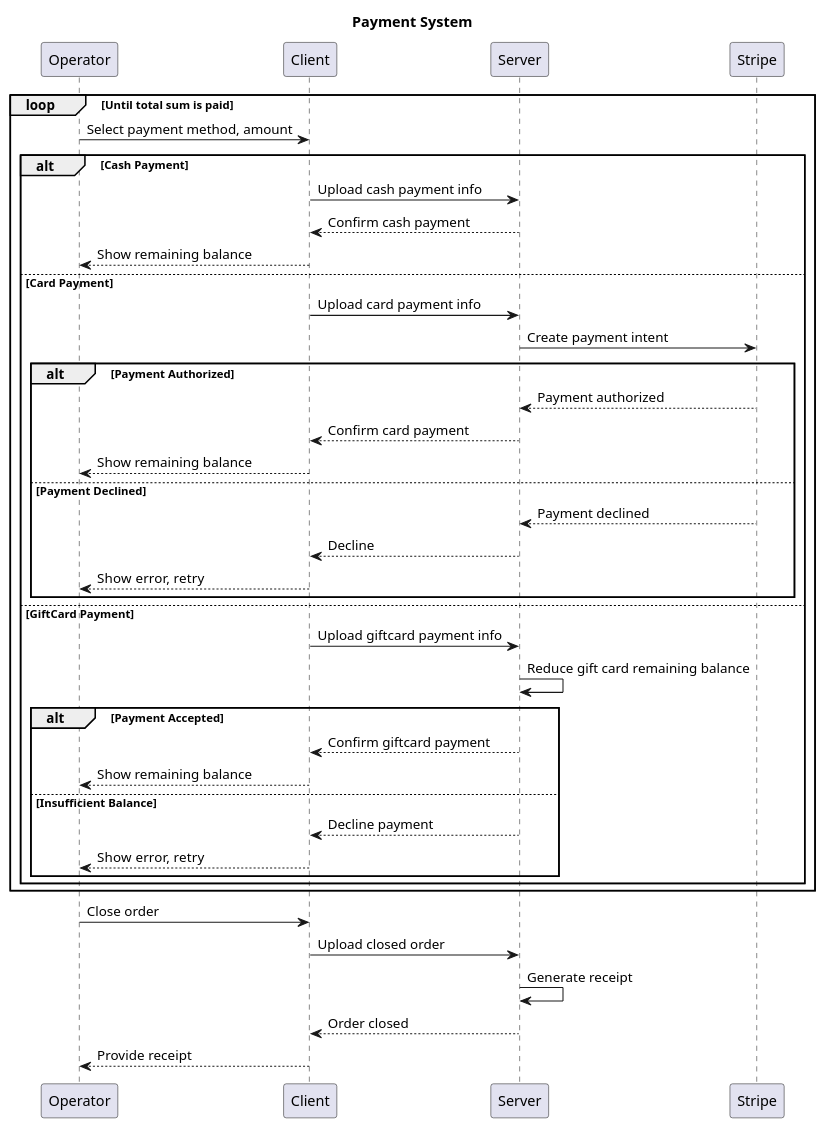
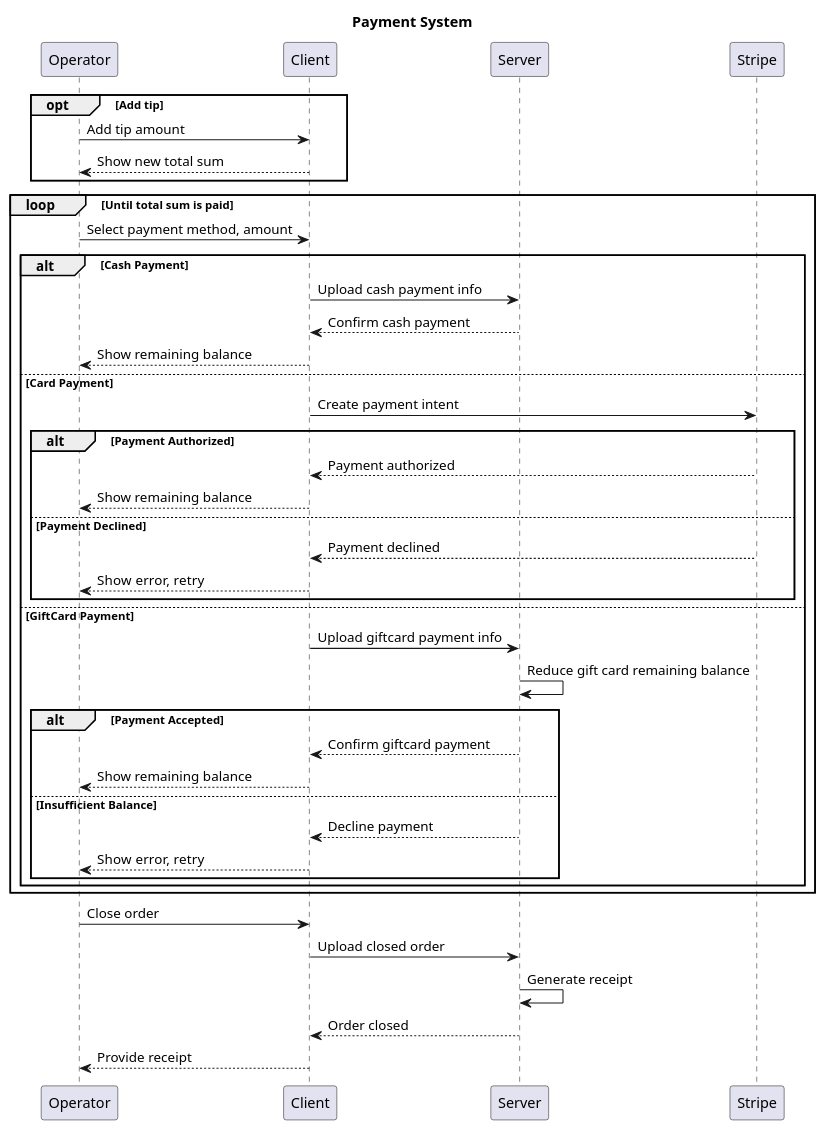
Before and after one commit to keusinis/semester-5-docs: the diagram in PSP/lab-1/sequence-diagrams/Payment-management.puml, drawn with PlantUML.

```diff
--- a/PSP/lab-1/sequence-diagrams/Payment-management.puml
+++ b/PSP/lab-1/sequence-diagrams/Payment-management.puml
@@ -1,38 +1,39 @@
 title Payment System
-
+opt Add tip
+	Operator->Client: Add tip amount
+	Client-->Operator: Show new total sum
+end
 loop Until total sum is paid
   Operator->Client: Select payment method, amount
   alt Cash Payment
     Client->Server: Upload cash payment info
     Server-->Client: Confirm cash payment
     Client-->Operator: Show remaining balance
   else Card Payment
-    Client->Server: Upload card payment info
-    Server->Stripe: Create payment intent
+    
+    Client->Stripe: Create payment intent
     alt Payment Authorized
-      Stripe-->Server: Payment authorized
-      Server-->Client: Confirm card payment
+      Stripe-->Client: Payment authorized
       Client-->Operator: Show remaining balance
     else Payment Declined
-      Stripe-->Server: Payment declined
-      Server-->Client: Decline
+      Stripe-->Client: Payment declined
       Client-->Operator: Show error, retry
     end
   else GiftCard Payment
     Client->Server: Upload giftcard payment info
     Server->Server: Reduce gift card remaining balance
     alt Payment Accepted
       Server-->Client: Confirm giftcard payment
       Client-->Operator: Show remaining balance
     else Insufficient Balance
       Server-->Client: Decline payment
       Client-->Operator: Show error, retry
     end
   end
 end
 
 Operator->Client: Close order
 Client->Server: Upload closed order
 Server->Server: Generate receipt
 Server-->Client: Order closed
 Client-->Operator: Provide receipt
```
